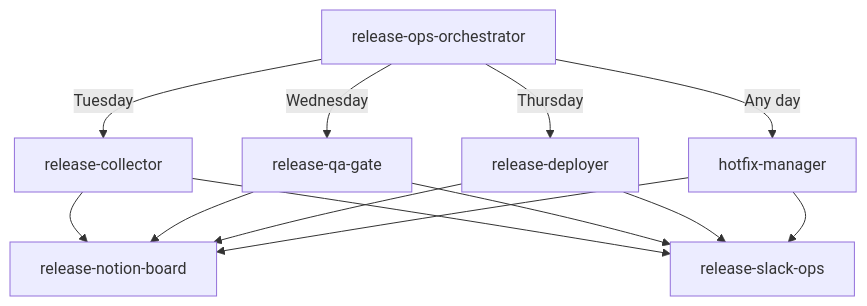
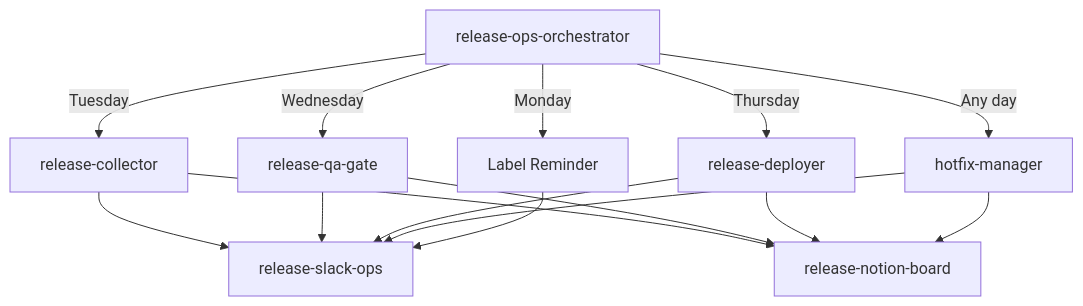
One commit to sylvanus4/github-to-notion-sync changed the diagram in .cursor/skills/release/release-ops-orchestrator/SKILL.md. Above: the diagram before and after it, drawn with Mermaid. The commit also changed other lines of this file and 97 other files, not shown here.

````diff
--- a/.cursor/skills/release/release-ops-orchestrator/SKILL.md
+++ b/.cursor/skills/release/release-ops-orchestrator/SKILL.md
@@ -138,15 +175,17 @@
 ```mermaid
 graph TD
-    A[release-ops-orchestrator] -->|Tuesday| B[release-collector]
+    A[release-ops-orchestrator] -->|Monday| M[Label Reminder]
+    A -->|Tuesday| B[release-collector]
     A -->|Wednesday| C[release-qa-gate]
     A -->|Thursday| D[release-deployer]
     A -->|Any day| E[hotfix-manager]
     B --> F[release-notion-board]
     B --> G[release-slack-ops]
     C --> F
     C --> G
     D --> F
     D --> G
     E --> F
     E --> G
+    M --> G
 ```
````
